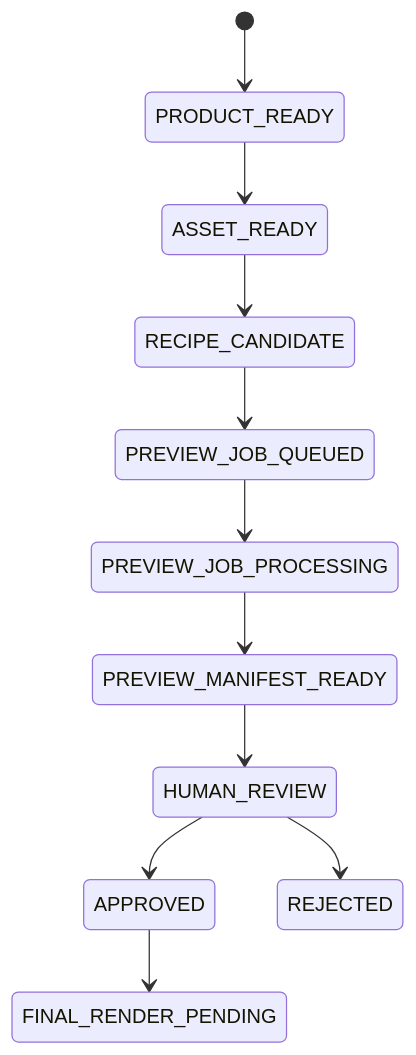
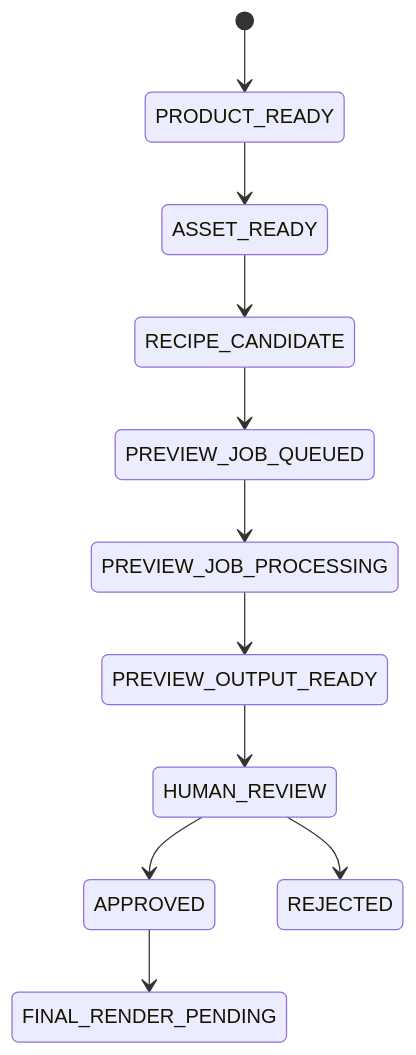
One commit to idev006/MTClipFactory changed the fifth of 5 diagrams in doc/10_UML_System_Overview.md. Above: the diagram before and after it, drawn with Mermaid. The commit also changed other lines of this file and 28 other files, not shown here.

Commit message:
Add configurable paths and preview output foundation

````diff
--- a/doc/10_UML_System_Overview.md
+++ b/doc/10_UML_System_Overview.md
@@ -217,13 +231,13 @@
 ```mermaid
 stateDiagram-v2
     [*] --> PRODUCT_READY
     PRODUCT_READY --> ASSET_READY
     ASSET_READY --> RECIPE_CANDIDATE
     RECIPE_CANDIDATE --> PREVIEW_JOB_QUEUED
     PREVIEW_JOB_QUEUED --> PREVIEW_JOB_PROCESSING
-    PREVIEW_JOB_PROCESSING --> PREVIEW_MANIFEST_READY
-    PREVIEW_MANIFEST_READY --> HUMAN_REVIEW
+    PREVIEW_JOB_PROCESSING --> PREVIEW_OUTPUT_READY
+    PREVIEW_OUTPUT_READY --> HUMAN_REVIEW
     HUMAN_REVIEW --> APPROVED
     HUMAN_REVIEW --> REJECTED
     APPROVED --> FINAL_RENDER_PENDING
 ```
````
